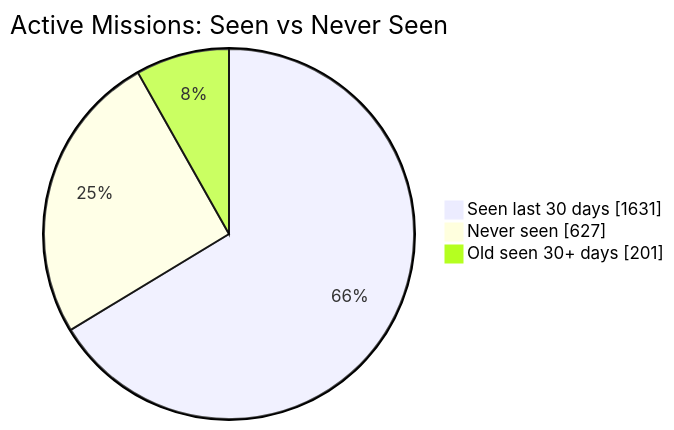
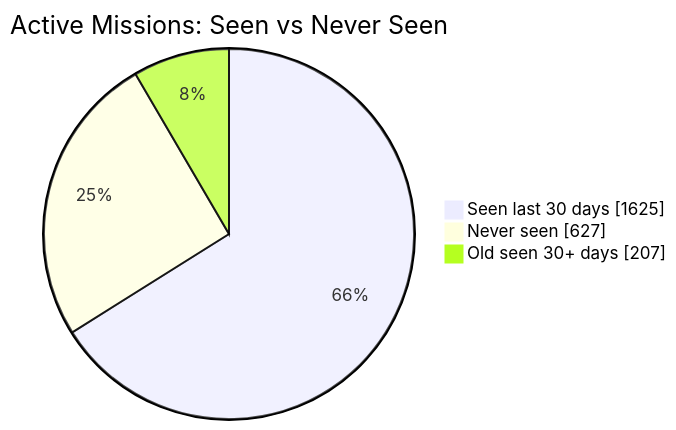
Before and after one commit to MeldkamerspelGameTeam/active-missions: the first of 2 diagrams in README.md, drawn with Mermaid. The commit also changed other lines of this file and 2 other files, not shown here.

````diff
--- a/README.md
+++ b/README.md
@@ -34,7 +34,7 @@
 ```mermaid
 pie showData
     title Active Missions: Seen vs Never Seen
-    "Seen last 30 days" : 1631
+    "Seen last 30 days" : 1625
     "Never seen" : 627
-    "Old seen 30+ days" : 201
+    "Old seen 30+ days" : 207
 ```
````
